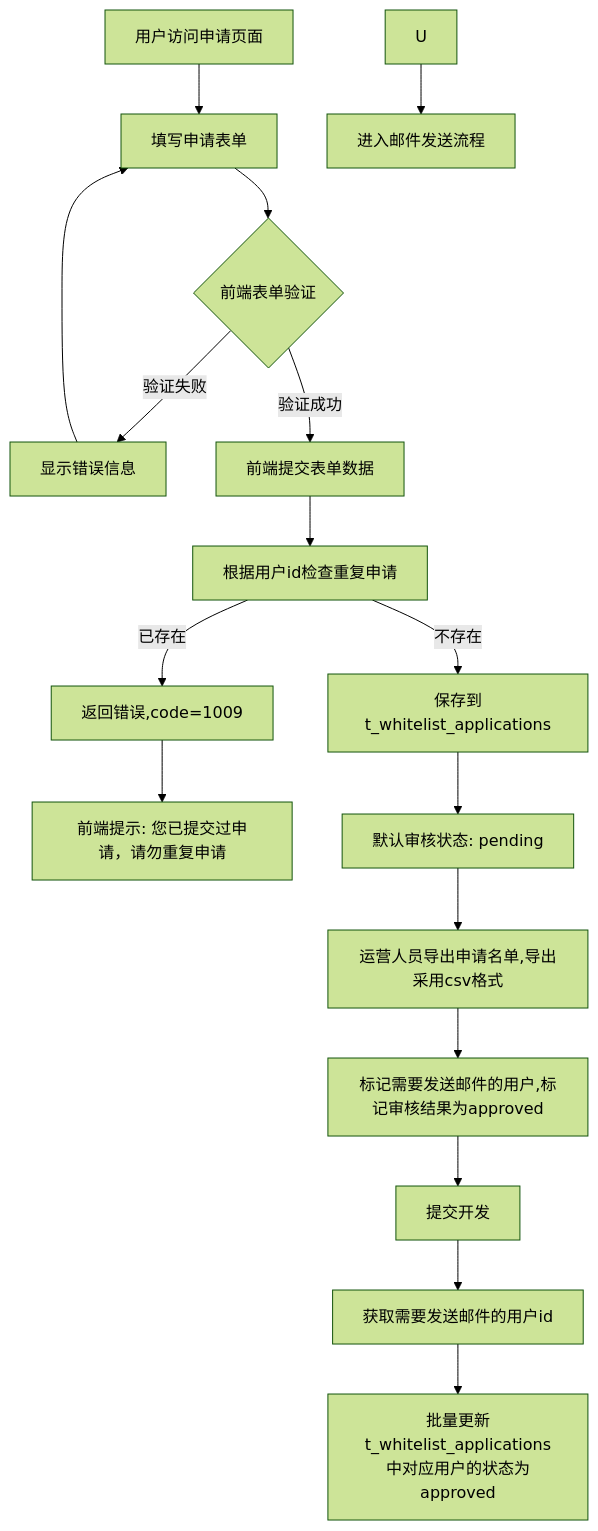
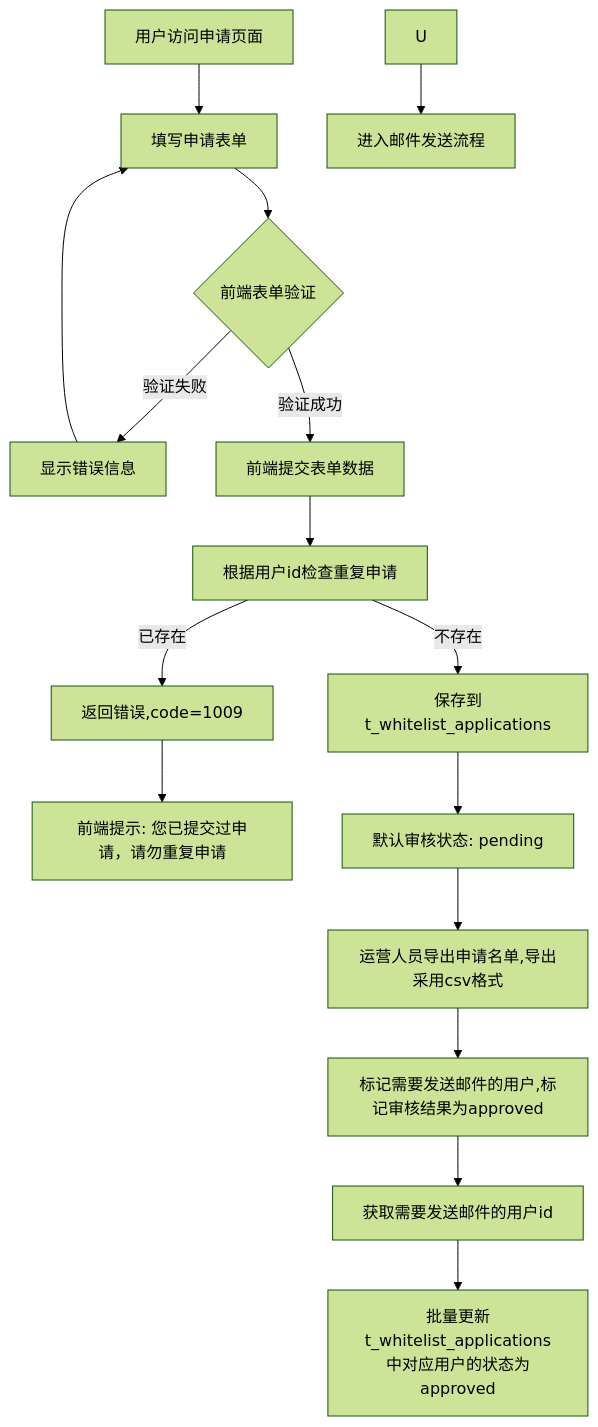
One commit to yingjianzh/iodraw-files changed the diagram in all/未命名-76.md. Above: the diagram before and after it, drawn with Mermaid (forest theme).

Commit message:
2025-07-08 09:53:16 update

````diff
--- a/all/未命名-76.md
+++ b/all/未命名-76.md
@@ -1,22 +1,21 @@
 ```mermaid
 
 flowchart TD
     A[用户访问申请页面] --> B[填写申请表单]
     B --> C{前端表单验证}
     C -->|验证失败| D[显示错误信息]
     D --> B
     C -->|验证成功| E[前端提交表单数据]
     E --> F[根据用户id检查重复申请]
     F -->|已存在| G[返回错误,code=1009]
     G --> H[前端提示: 您已提交过申请，请勿重复申请]
     F -->|不存在| I[保存到t_whitelist_applications]
     I --> K[默认审核状态: pending]
     
     K --> P[运营人员导出申请名单,导出采用csv格式]
     P --> S[标记需要发送邮件的用户,标记审核结果为approved]
-    S --> T[提交开发]
-    T --> T1[获取需要发送邮件的用户id]
+    S --> T1[获取需要发送邮件的用户id]
     T1--> T2[批量更新t_whitelist_applications中对应用户的状态为approved]
     U --> V[进入邮件发送流程]
 
 ```
````
